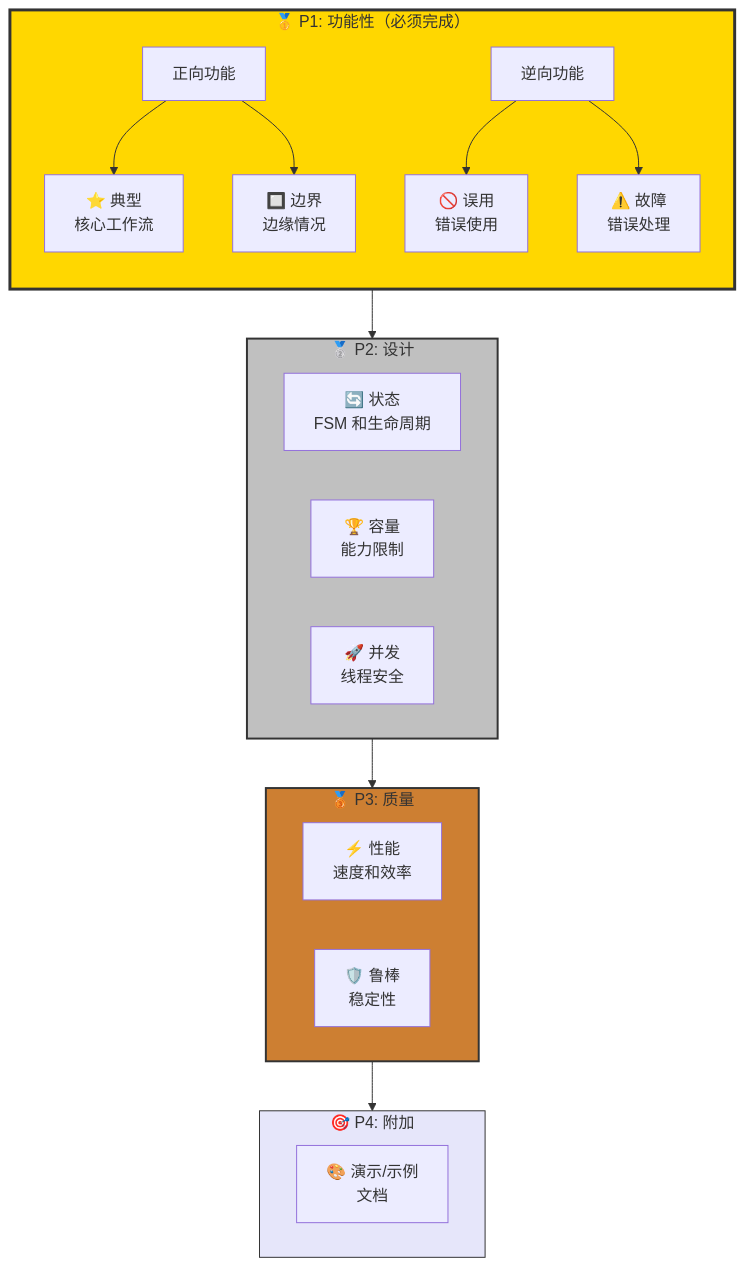
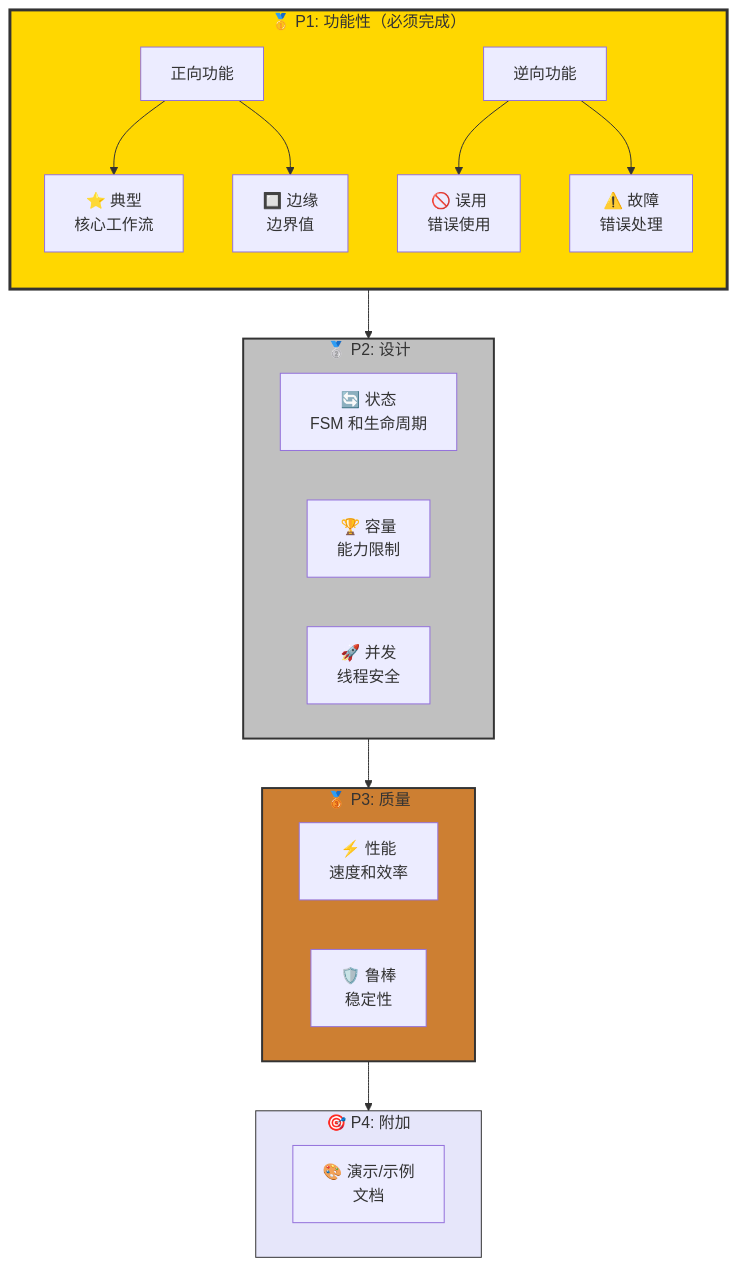
One commit to EnigmaWU/MyCaTDD changed the third of 5 diagrams in methodPrompts/CaTDD-UserGuide-PPT-ZH_CN.md. Above: the diagram before and after it, drawn with Mermaid. The commit also changed other lines of this file and 12 other files, not shown here.

````diff
--- a/methodPrompts/CaTDD-UserGuide-PPT-ZH_CN.md
+++ b/methodPrompts/CaTDD-UserGuide-PPT-ZH_CN.md
@@ -185,40 +185,40 @@
 ```mermaid
 graph TD
     subgraph P1["🥇 P1: 功能性（必须完成）"]
         direction TB
         ValidFunc[正向功能]
         InvalidFunc[逆向功能]
         Typical[⭐ 典型<br/>核心工作流]
-        Boundary[🔲 边界<br/>边缘情况]
+        Edge[🔲 边缘<br/>边界值]
         Misuse[🚫 误用<br/>错误使用]
         Fault[⚠️ 故障<br/>错误处理]
         ValidFunc --> Typical
-        ValidFunc --> Boundary
+        ValidFunc --> Edge
         InvalidFunc --> Misuse
         InvalidFunc --> Fault
     end
     
     subgraph P2["🥈 P2: 设计"]
         State[🔄 状态<br/>FSM 和生命周期]
         Capability[🏆 容量<br/>能力限制]
         Concurrency[🚀 并发<br/>线程安全]
     end
     
     subgraph P3["🥉 P3: 质量"]
         Performance[⚡ 性能<br/>速度和效率]
         Robust[🛡️ 鲁棒<br/>稳定性]
     end
     
     subgraph P4["🎯 P4: 附加"]
         Demo[🎨 演示/示例<br/>文档]
     end
     
     P1 --> P2
     P2 --> P3
     P3 --> P4
     
     style P1 fill:#ffd700,stroke:#333,stroke-width:3px
     style P2 fill:#c0c0c0,stroke:#333,stroke-width:2px
     style P3 fill:#cd7f32,stroke:#333,stroke-width:2px
     style P4 fill:#e6e6fa,stroke:#333,stroke-width:1px
 ```
````
